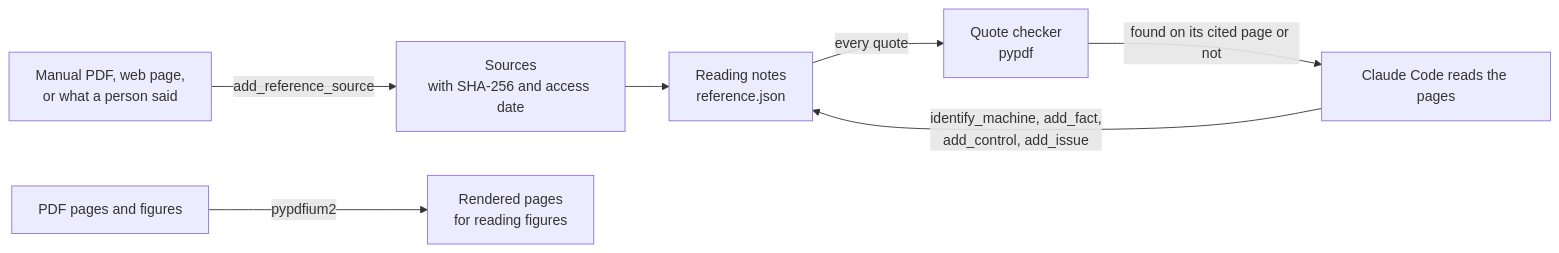
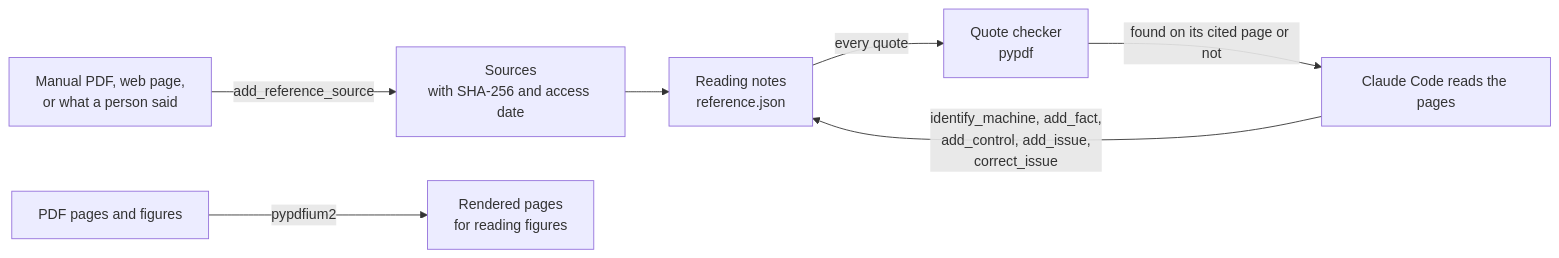
The third of 8 diagrams in docs/how-a-twin-is-built.md (DanSweet734/MoonWalkers---Multimodal-Digital-Twin-Generator), drawn with Mermaid before and after one commit. The commit also changed other lines of this file and 7 other files, not shown here.

First line of the commit message:
feat: correct or withdraw an issue in the reading notes before the build

````diff
--- a/docs/how-a-twin-is-built.md
+++ b/docs/how-a-twin-is-built.md
@@ -84,9 +84,9 @@
 ```mermaid
 flowchart LR
     DOC["Manual PDF, web page,<br/>or what a person said"] -->|"add_reference_source"| SRC["Sources<br/>with SHA-256 and access date"]
     SRC --> NOTES["Reading notes<br/>reference.json"]
-    A["Claude Code reads the pages"] -->|"identify_machine, add_fact,<br/>add_control, add_issue"| NOTES
+    A["Claude Code reads the pages"] -->|"identify_machine, add_fact,<br/>add_control, add_issue,<br/>correct_issue"| NOTES
     NOTES -->|"every quote"| QC["Quote checker<br/>pypdf"]
     QC -->|"found on its cited page or not"| A
     PDF["PDF pages and figures"] -->|"pypdfium2"| PNG["Rendered pages<br/>for reading figures"]
 ```
````
